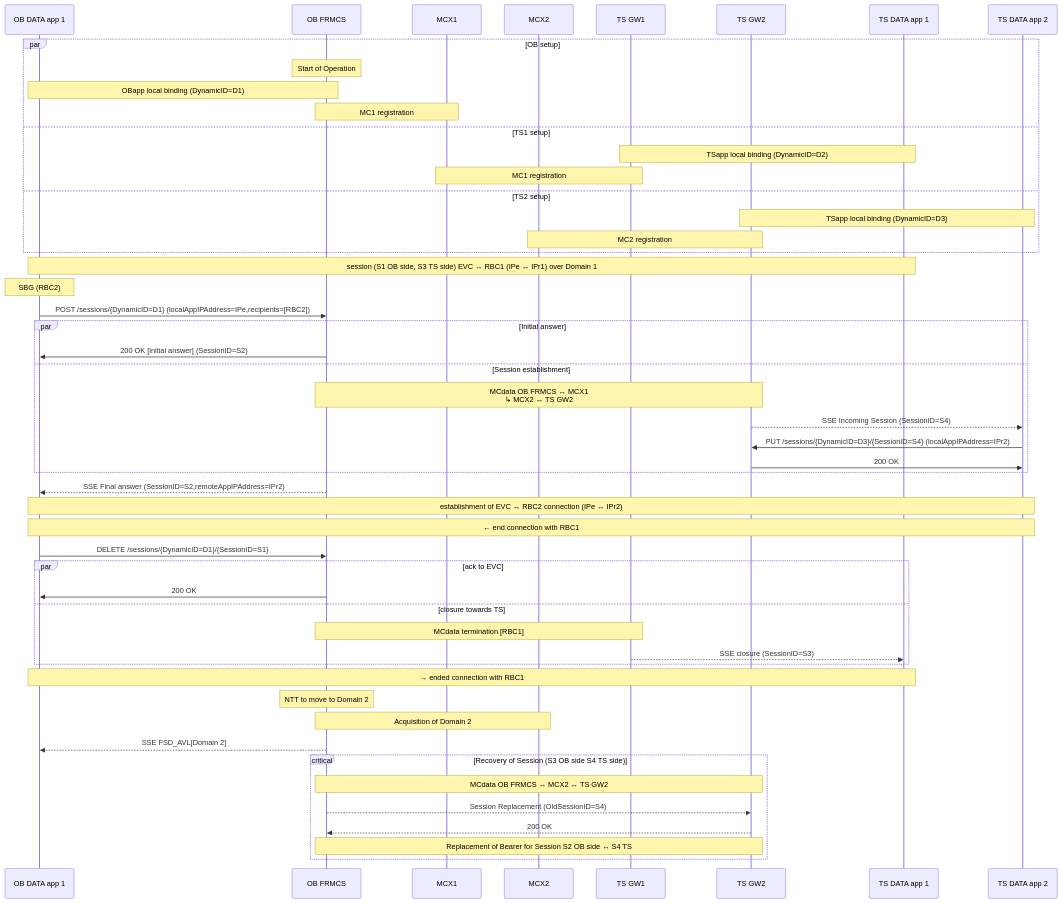
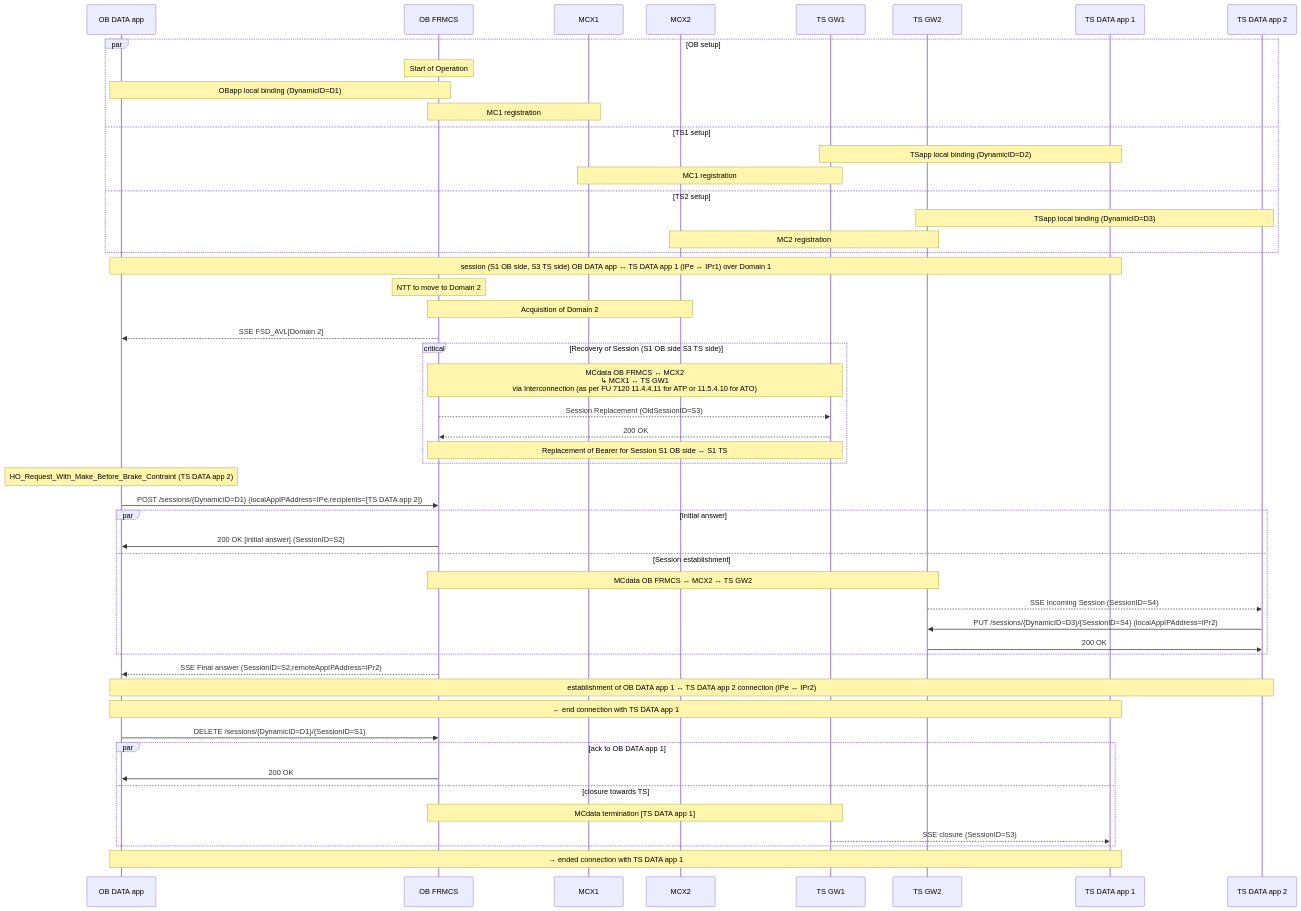
One commit to AndreaL-P/FRMCSSandbox changed the second of 3 diagrams in API/Generic_LC_app_NWT_flow.md. Above: the diagram before and after it, drawn with Mermaid. The commit also changed other lines of this file, not shown here.

````diff
--- a/API/Generic_LC_app_NWT_flow.md
+++ b/API/Generic_LC_app_NWT_flow.md
@@ -5,63 +74,64 @@
 ```mermaid
 
 sequenceDiagram
-participant A as OB DATA app 1
+participant A as OB DATA app
 participant O as OB FRMCS
 participant M1 as MCX1
 participant M2 as MCX2
 participant T1 as TS GW1
 participant T2 as TS GW2
 participant B1 as TS DATA app 1
 participant B2 as TS DATA app 2
 
 par OB setup
 	Note over O: Start of Operation 
 	Note over A,O: OBapp local binding (DynamicID=D1)
 	Note over O,M1:	MC1 registration
 and TS1 setup
 	Note over B1,T1: TSapp local binding (DynamicID=D2)
 	Note over T1,M1:	MC1 registration
 and TS2 setup
 	Note over B2,T2: TSapp local binding (DynamicID=D3)
 	Note over T2,M2:	MC2 registration
 
 end
 
 % existing session with B1
-Note over A,B1: session (S1 OB side, S3 TS side)  EVC ↔ RBC1 (IPe ↔ IPr1) over Domain 1
+Note over A,B1: session (S1 OB side, S3 TS side)  OB DATA app ↔ TS DATA app 1 (IPe ↔ IPr1) over Domain 1
 % establishment of session to B2
-Note over A:	SBG (RBC2)
-
-A->>O:	POST /sessions/{DynamicID=D1} (localAppIPAddress=IPe,recipients=[RBC2])
-par Initial answer
-	O->>A:	200 OK [initial answer] (SessionID=S2)
-and Session establishment
-	Note over O,T2:	MCdata OB FRMCS ↔ MCX1<br/>↳ MCX2 ↔ TS GW2
-	T2-->>B2:	SSE Incoming Session (SessionID=S4)
-	B2->>T2:	PUT /sessions/{DynamicID=D3}/{SessionID=S4} (localAppIPAddress=IPr2)
-	T2->>B2:	200 OK
-end
-O-->>A:	SSE Final answer (SessionID=S2,remoteAppIPAddress=IPr2)	
-Note over A,B2: establishment of EVC ↔ RBC2 connection (IPe ↔ IPr2)
-Note over A,B2: ← end connection with RBC1
-A->>O:	DELETE /sessions/{DynamicID=D1}/{SessionID=S1}
-par ack to EVC
-	O->>A:	200 OK
-and closure towards TS
-	Note over O,T1:	MCdata termination [RBC1]
-	T1-->>B1: SSE closure (SessionID=S3)
-end
-Note over A,B1: → ended connection with RBC1
 % NTT to move to domain 2
 Note over O: NTT to move to Domain 2
 % Domain Change
 Note over O,M2: Acquisition of Domain 2
 % SSE FSD_AVL
 O-->>A: SSE FSD_AVL[Domain 2]
-critical Recovery of Session (S3 OB side S4 TS side)
+critical Recovery of Session (S1 OB side S3 TS side)
+	Note over O,T1:	MCdata OB FRMCS ↔ MCX2<br/>↳ MCX1 ↔ TS GW1 <br/> via Interconnection (as per FU 7120 11.4.4.11 for ATP or 11.5.4.10 for ATO)
+	O-->>T1:	Session Replacement (OldSessionID=S3)
+	T1-->>O:	200 OK
+	Note over O,T1: Replacement of Bearer for Session S1 OB side ↔ S1 TS
+end
+
+Note over A:	HO_Request_With_Make_Before_Brake_Contraint (TS DATA app 2)
+
+A->>O:	POST /sessions/{DynamicID=D1} (localAppIPAddress=IPe,recipients=[TS DATA app 2])
+par Initial answer
+	O->>A:	200 OK [initial answer] (SessionID=S2)
+and Session establishment
 	Note over O,T2:	MCdata OB FRMCS ↔ MCX2 ↔ TS GW2
-	O-->>T2:	Session Replacement (OldSessionID=S4)
-	T2-->>O:	200 OK
-	Note over O,T2: Replacement of Bearer for Session S2 OB side ↔ S4 TS
+	T2-->>B2:	SSE Incoming Session (SessionID=S4)
+	B2->>T2:	PUT /sessions/{DynamicID=D3}/{SessionID=S4} (localAppIPAddress=IPr2)
+	T2->>B2:	200 OK
 end
+O-->>A:	SSE Final answer (SessionID=S2,remoteAppIPAddress=IPr2)	
+Note over A,B2: establishment of OB DATA app 1 ↔ TS DATA app 2 connection (IPe ↔ IPr2)
+Note over A,B1: ← end connection with TS DATA app 1
+A->>O:	DELETE /sessions/{DynamicID=D1}/{SessionID=S1}
+par ack to OB DATA app 1
+	O->>A:	200 OK
+and closure towards TS
+	Note over O,T1:	MCdata termination [TS DATA app 1]
+	T1-->>B1: SSE closure (SessionID=S3)
+end
+Note over A,B1: → ended connection with TS DATA app 1
 ```
````
